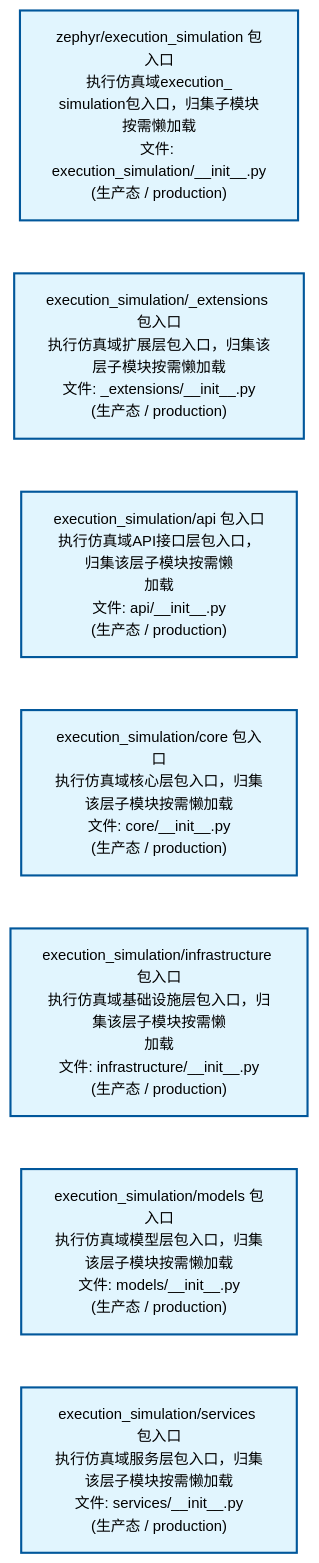
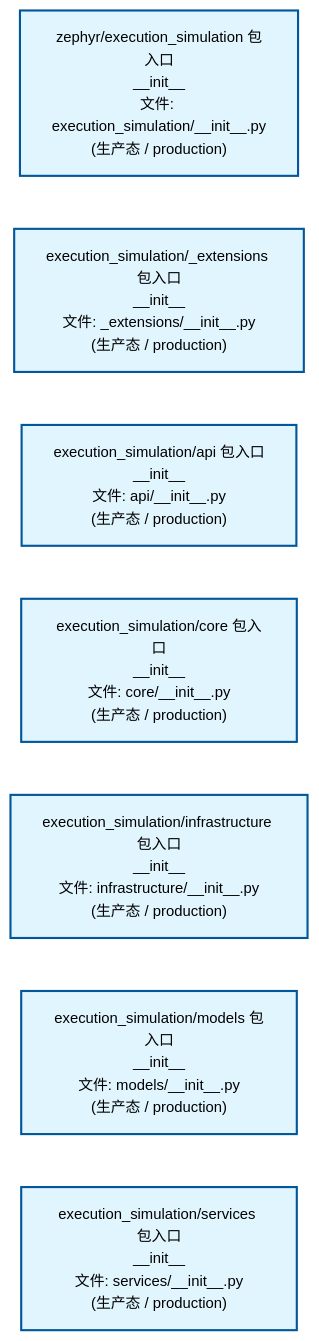
The second of 2 diagrams in docs/02_enterprise_architecture/02_domain_architecture_docs/43_d_exec_sim.md (xuanFelixVan/ZephyrAlpha), drawn with Mermaid before and after one commit. The commit also changed other lines of this file and 61 other files, not shown here.

````diff
--- a/docs/02_enterprise_architecture/02_domain_architecture_docs/43_d_exec_sim.md
+++ b/docs/02_enterprise_architecture/02_domain_architecture_docs/43_d_exec_sim.md
@@ -80,22 +80,22 @@
 ```mermaid
 %%{init: {'theme': 'base', 'themeVariables': {'primaryColor': '#eaeaea', 'primaryTextColor': '#333333', 'primaryBorderColor': '#666666', 'lineColor': '#666666', 'secondaryColor': '#eaeaea', 'tertiaryColor': '#eaeaea', 'fontSize': '14px'}}}%%
 flowchart TD
-    src_zephyr_execution_simulation_init_py["zephyr/execution_simulation 包入口<br/>执行仿真域execution_<br/>simulation包入口，归集子模块按需懒加载<br/>文件: execution_simulation/__init__.py<br/>(生产态 / production)"]
-    src_zephyr_execution_simulation_extensions_init_py["execution_simulation/_extensions 包入口<br/>执行仿真域扩展层包入口，归集该层子模块按需懒加载<br/>文件: _extensions/__init__.py<br/>(生产态 / production)"]
-    src_zephyr_execution_simulation_api_init_py["execution_simulation/api 包入口<br/>执行仿真域API接口层包入口，归集该层子模块按需懒<br/>加载<br/>文件: api/__init__.py<br/>(生产态 / production)"]
-    src_zephyr_execution_simulation_core_init_py["execution_simulation/core 包入口<br/>执行仿真域核心层包入口，归集该层子模块按需懒加载<br/>文件: core/__init__.py<br/>(生产态 / production)"]
-    src_zephyr_execution_simulation_infrastructure_init_py["execution_simulation/infrastructure 包入口<br/>执行仿真域基础设施层包入口，归集该层子模块按需懒<br/>加载<br/>文件: infrastructure/__init__.py<br/>(生产态 / production)"]
-    src_zephyr_execution_simulation_models_init_py["execution_simulation/models 包入口<br/>执行仿真域模型层包入口，归集该层子模块按需懒加载<br/>文件: models/__init__.py<br/>(生产态 / production)"]
-    src_zephyr_execution_simulation_services_init_py["execution_simulation/services 包入口<br/>执行仿真域服务层包入口，归集该层子模块按需懒加载<br/>文件: services/__init__.py<br/>(生产态 / production)"]
+    src_zephyr_execution_simulation_init_py["zephyr/execution_simulation 包入口<br/>__init__<br/>文件: execution_simulation/__init__.py<br/>(生产态 / production)"]
+    src_zephyr_execution_simulation_extensions_init_py["execution_simulation/_extensions 包入口<br/>__init__<br/>文件: _extensions/__init__.py<br/>(生产态 / production)"]
+    src_zephyr_execution_simulation_api_init_py["execution_simulation/api 包入口<br/>__init__<br/>文件: api/__init__.py<br/>(生产态 / production)"]
+    src_zephyr_execution_simulation_core_init_py["execution_simulation/core 包入口<br/>__init__<br/>文件: core/__init__.py<br/>(生产态 / production)"]
+    src_zephyr_execution_simulation_infrastructure_init_py["execution_simulation/infrastructure 包入口<br/>__init__<br/>文件: infrastructure/__init__.py<br/>(生产态 / production)"]
+    src_zephyr_execution_simulation_models_init_py["execution_simulation/models 包入口<br/>__init__<br/>文件: models/__init__.py<br/>(生产态 / production)"]
+    src_zephyr_execution_simulation_services_init_py["execution_simulation/services 包入口<br/>__init__<br/>文件: services/__init__.py<br/>(生产态 / production)"]
     src_zephyr_execution_simulation_init_py ~~~ src_zephyr_execution_simulation_extensions_init_py
     src_zephyr_execution_simulation_extensions_init_py ~~~ src_zephyr_execution_simulation_api_init_py
     src_zephyr_execution_simulation_api_init_py ~~~ src_zephyr_execution_simulation_core_init_py
     src_zephyr_execution_simulation_core_init_py ~~~ src_zephyr_execution_simulation_infrastructure_init_py
     src_zephyr_execution_simulation_infrastructure_init_py ~~~ src_zephyr_execution_simulation_models_init_py
     src_zephyr_execution_simulation_models_init_py ~~~ src_zephyr_execution_simulation_services_init_py
     classDef production fill:#e1f5fe,stroke:#01579b,stroke-width:2px,color:#000
     classDef design fill:#fff3e0,stroke:#e65100,stroke-width:2px,color:#000,stroke-dasharray: 5 5
     classDef external_prod fill:#e8f4fd,stroke:#0277bd,stroke-width:1px,color:#000
     classDef external_design fill:#fff8e7,stroke:#ef6c00,stroke-width:1px,color:#000,stroke-dasharray: 5 5
     class src_zephyr_execution_simulation_init_py,src_zephyr_execution_simulation_extensions_init_py,src_zephyr_execution_simulation_api_init_py,src_zephyr_execution_simulation_core_init_py,src_zephyr_execution_simulation_infrastructure_init_py,src_zephyr_execution_simulation_models_init_py,src_zephyr_execution_simulation_services_init_py production
 ```
````
